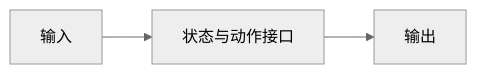
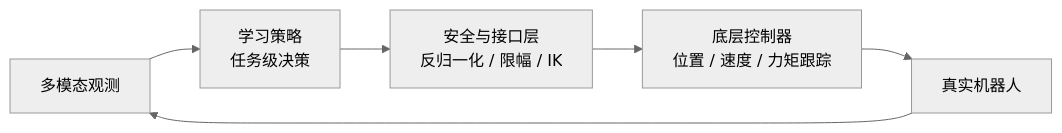
Before and after one commit to qi-robotics/robot-world-model-tutorial: the diagram in docs/basics/robot-state-and-action.md, drawn with Mermaid (neutral theme). The commit also changed other lines of this file and 17 other files, not shown here.

````diff
--- a/docs/basics/robot-state-and-action.md
+++ b/docs/basics/robot-state-and-action.md
@@ -45,5 +213,8 @@
-```mermaid
+~~~mermaid
 flowchart LR
-    A["输入"] --> B["状态与动作接口"]
-    B --> C["输出"]
-```
+    O["多模态观测"] --> P["学习策略<br/>任务级决策"]
+    P --> S["安全与接口层<br/>反归一化 / 限幅 / IK"]
+    S --> C["底层控制器<br/>位置 / 速度 / 力矩跟踪"]
+    C --> R["真实机器人"]
+    R --> O
+~~~
````
